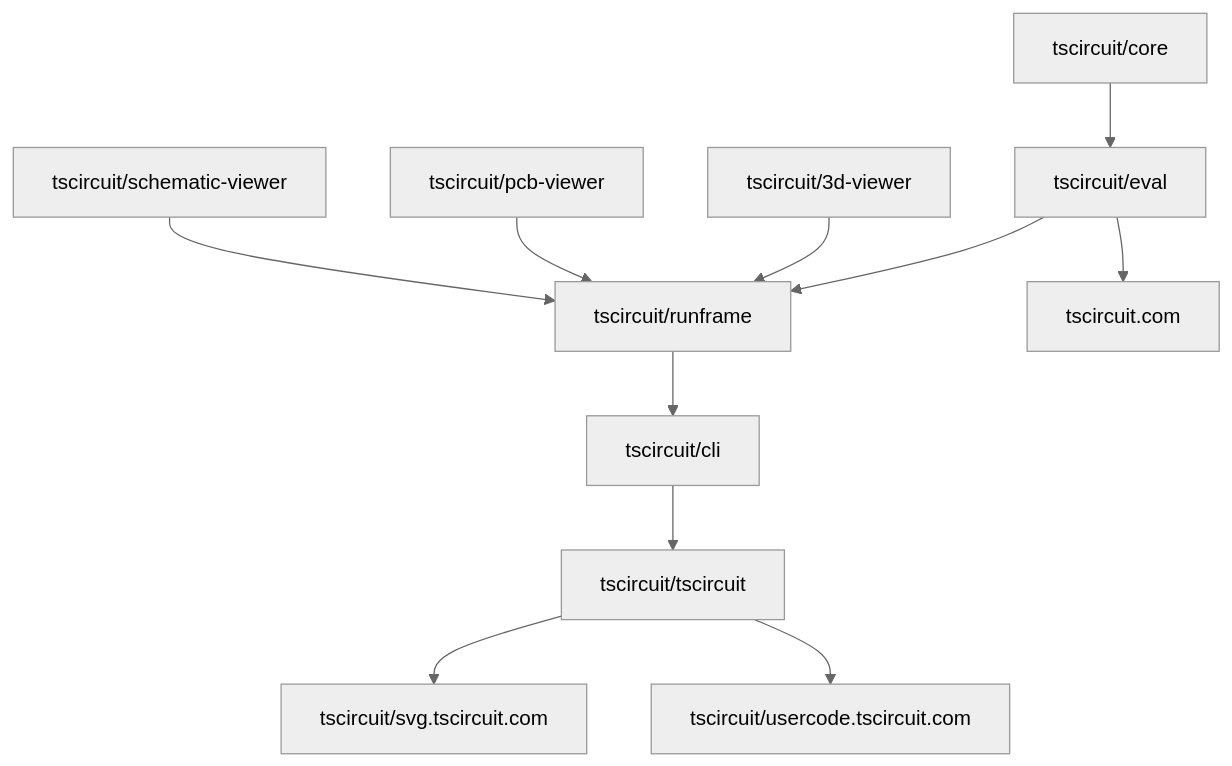
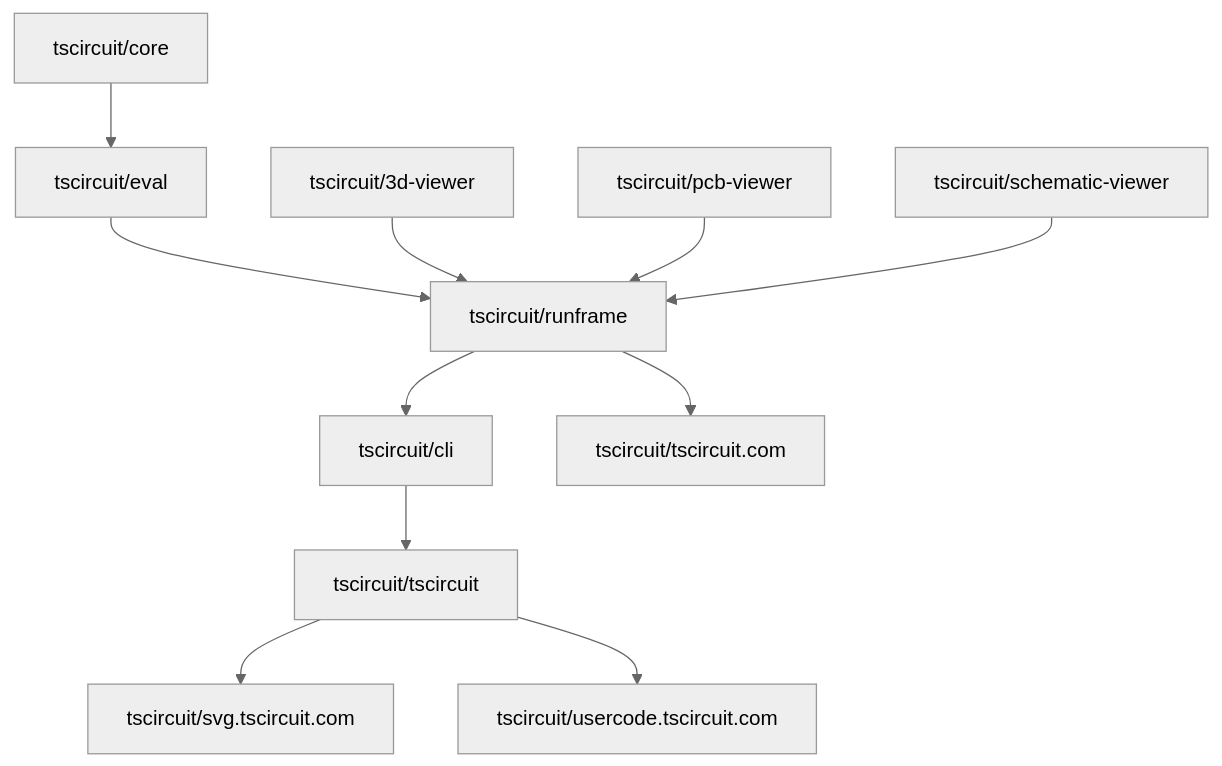
The diagram in docs/contributing/package-dependencies-and-auto-updates.mdx (tscircuit/docs), drawn with Mermaid (neutral theme) before and after one commit.

Commit message:
update runfrome inside the tscircuti.com repo

````diff
--- a/docs/contributing/package-dependencies-and-auto-updates.mdx
+++ b/docs/contributing/package-dependencies-and-auto-updates.mdx
@@ -14,31 +14,31 @@
 ```mermaid
 flowchart TD
 
     %% Core to Eval
     core[tscircuit/core] --> eval[tscircuit/eval]
 
     %% Eval to Runframe
     eval --> runframe[tscircuit/runframe]
-
-    %% Eval to tscircuit.com
-    eval --> tscircuitcom[tscircuit.com]
 
     %% 3D Viewer to Runframe
     viewer3d[tscircuit/3d-viewer] --> runframe
 
     %% PCB Viewer to Runframe
     pcbviewer[tscircuit/pcb-viewer] --> runframe
 
     %% Schematic Viewer to Runframe
     schemaviewer[tscircuit/schematic-viewer] --> runframe
 
     %% Runframe to CLI
     runframe --> cli[tscircuit/cli]
 
+    %% Runframe to tscircuit.com
+    runframe --> tscircuitcom[tscircuit/tscircuit.com]
+    
     %% CLI to Tscircuit
     cli --> tscircuit[tscircuit/tscircuit]
 
     %% Tscircuit to web services
     tscircuit --> svg[tscircuit/svg.tscircuit.com]
     tscircuit --> usercode[tscircuit/usercode.tscircuit.com]
 ```
````
